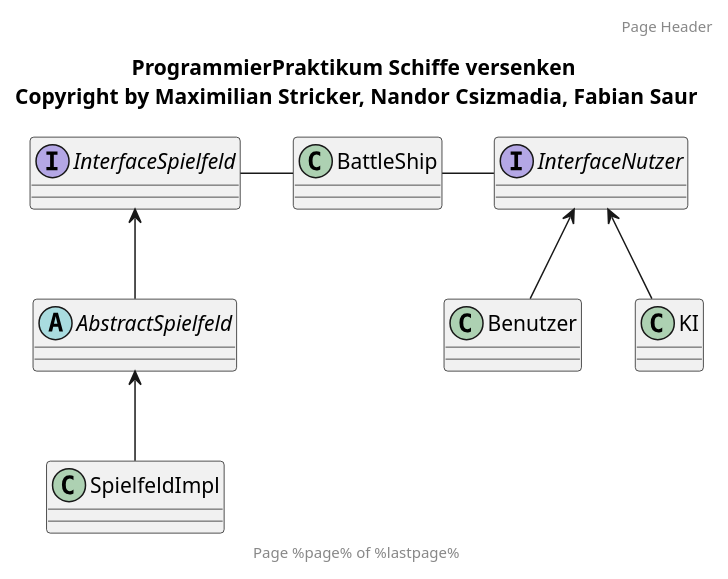
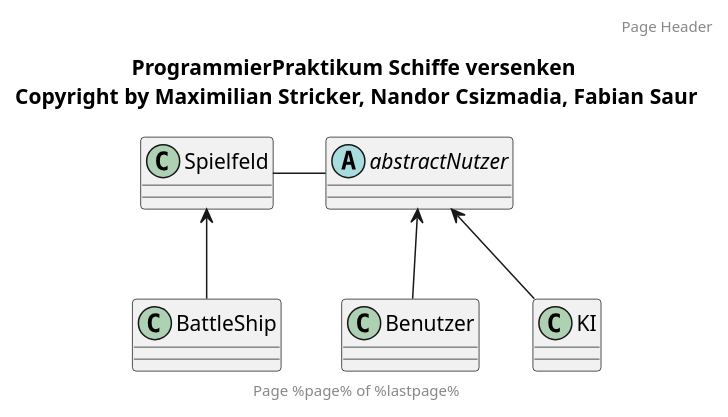
One commit to Electressic/progprak changed the diagram in Klassendiagramm_SchiffeVersenken.wsd. Above: the diagram before and after it, drawn with PlantUML. The commit also changed 5 other files, not shown here.

Commit message:
Klassendiagramm_SchiffeVersenken.wsd und Programm zueinander angepasst

```diff
--- a/Klassendiagramm_SchiffeVersenken.wsd
+++ b/Klassendiagramm_SchiffeVersenken.wsd
@@ -1,102 +1,95 @@
 @startuml name "Wichtige Funktionen"
 'alt + D um das UML-Diagramm anzuzeigen
 'STRG + S ==> Speichern
 
 ' abstract
 ' abstract class
 ' circle
 ' interface
 ' diamond für Raute
 ' entity
 
 ' class ClassName <Dies soll eine Notiz adrstellen>
 ' class time <<(D,#FF7700)datatype>>
 ' enum Buchungszustand <<enumeration>>
 ' class time <<(D,#FF7700)>>
 
 ' /AnzahlWartender ist ein abgeleitetes Attribut
 ' --Durchgestrichener Text--
 
 ' +
 ' -
 ' # protected
 ' ~ package privat
 ' {static} für statische Attribute oder Operationen
 ' Methode {abstract} : string
 
 header Page Header
 footer Page %page% of %lastpage%
 title ProgrammierPraktikum Schiffe versenken \nCopyright by Maximilian Stricker, Nandor Csizmadia, Fabian Saur
 
-abstract class AbstractSpielfeld
-{
-
-}
-
-interface InterfaceSpielfeld
-{
-
-}
-
-class SpielfeldImpl
+class Spielfeld
 {
 
 }
 
 class BattleShip
 {
 
 }
 
 class Benutzer
 {
 
 }
 
-interface InterfaceNutzer
+abstract abstractNutzer
 {
 
 }
 
 class KI 
 {
 
 }
 
+abstractNutzer <-down- Benutzer
+abstractNutzer <-down- KI
 
-InterfaceSpielfeld <-down- AbstractSpielfeld
-AbstractSpielfeld <-down- SpielfeldImpl
+'InterfaceSpielfeld -right- BattleShip
+'BattleShip -right- InterfaceNutzer
+Spielfeld -right- abstractNutzer
 
-InterfaceNutzer <-down- Benutzer
-InterfaceNutzer <-down- KI
 
-InterfaceSpielfeld -right- BattleShip
-BattleShip -right- InterfaceNutzer
+BattleShip -up-> Spielfeld
+
+
+
 ' package PackageName {
     'Was gehört dazu?
 '}
 
 
 ' ggf.  left right up down einfügen
 ' --|> Extension
 ' --* Composition
 ' --o Aggregation
 
 ' -->
 ' ..>
 ' ..|>
 ' *-->
 ' #--
 ' x--
 ' }--
 ' +--
 ' ^--
 
 
 ' Beziehung1 "Mulitiplizität"    --  "Mulitiplizität" Beziehung1 : BeschreibungPfeil < | >
 ' WarteListe "0..*" o-- "0..*\n{ordered}\n+Wartender" Kunde 
 
 ' <> diamond
 ' Klasse1 -- diamond
 
 @enduml
```
